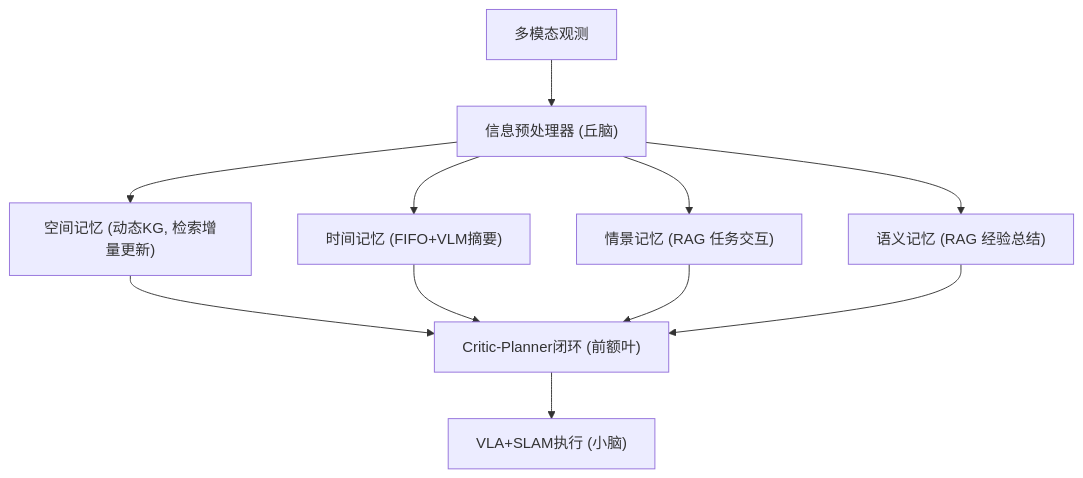
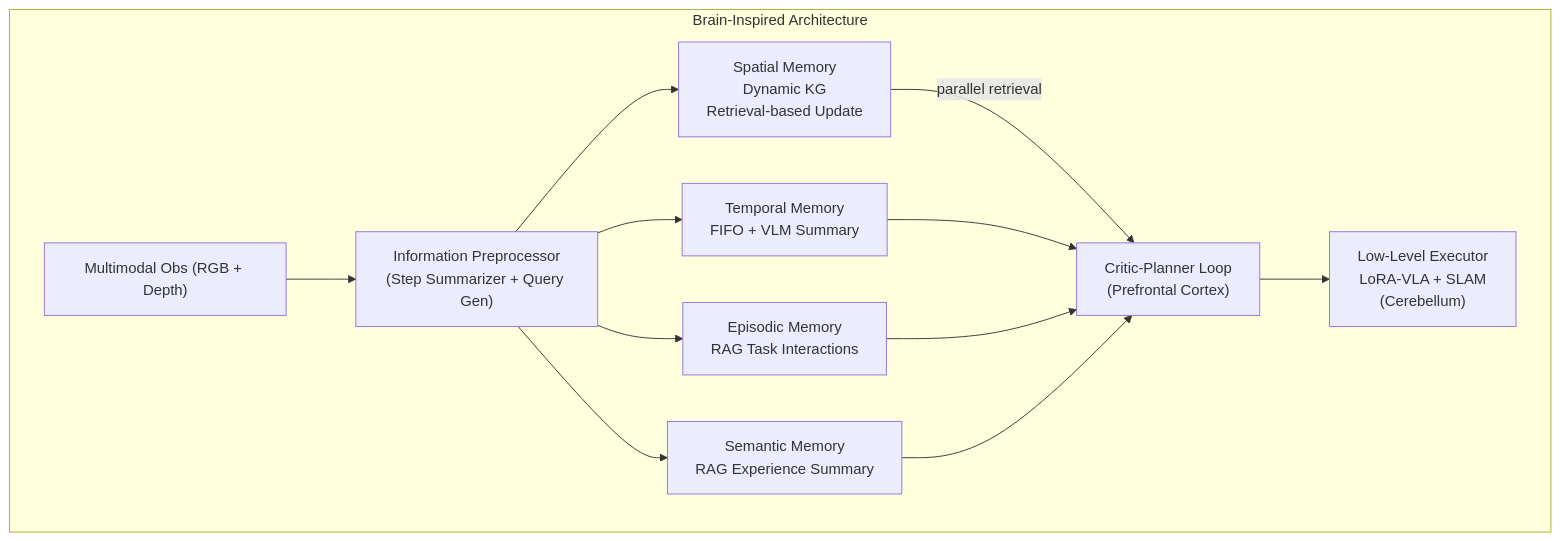
Before and after one commit to luohu-arch/physical_intelligence_study: the diagram in notes/memory/robomemory.md, drawn with Mermaid. The commit also changed other lines of this file and 3 other files, not shown here.

First line of the commit message:
Upgrade remaining 4 memory notes to quality level

````diff
--- a/notes/memory/robomemory.md
+++ b/notes/memory/robomemory.md
@@ -23,13 +23,17 @@
 ```mermaid
 graph TD
-    OBS["多模态观测"] --> PREPROC["信息预处理器 (丘脑)"]
-    PREPROC --> KG["空间记忆 (动态KG, 检索增量更新)"]
-    PREPROC --> TEMP["时间记忆 (FIFO+VLM摘要)"]
-    PREPROC --> EPIS["情景记忆 (RAG 任务交互)"]
-    PREPROC --> SEM["语义记忆 (RAG 经验总结)"]
-    KG --> PLANNER["Critic-Planner闭环 (前额叶)"]
-    TEMP --> PLANNER
-    EPIS --> PLANNER
-    SEM --> PLANNER
-    PLANNER --> EXEC["VLA+SLAM执行 (小脑)"]
+    subgraph "Brain-Inspired Architecture"
+        OBS["Multimodal Obs (RGB + Depth)"] --> THALAMUS["Information Preprocessor<br/>(Step Summarizer + Query Gen)"]
+        THALAMUS --> KG["Spatial Memory<br/>Dynamic KG<br/>Retrieval-based Update"]
+        THALAMUS --> TEMP["Temporal Memory<br/>FIFO + VLM Summary"]
+        THALAMUS --> EPIS["Episodic Memory<br/>RAG Task Interactions"]
+        THALAMUS --> SEM["Semantic Memory<br/>RAG Experience Summary"]
+        
+        KG -->|"parallel retrieval"| PLANNER["Critic-Planner Loop<br/>(Prefrontal Cortex)"]
+        TEMP --> PLANNER
+        EPIS --> PLANNER
+        SEM --> PLANNER
+        
+        PLANNER --> EXEC["Low-Level Executor<br/>LoRA-VLA + SLAM<br/>(Cerebellum)"]
+    end
 ```
````
